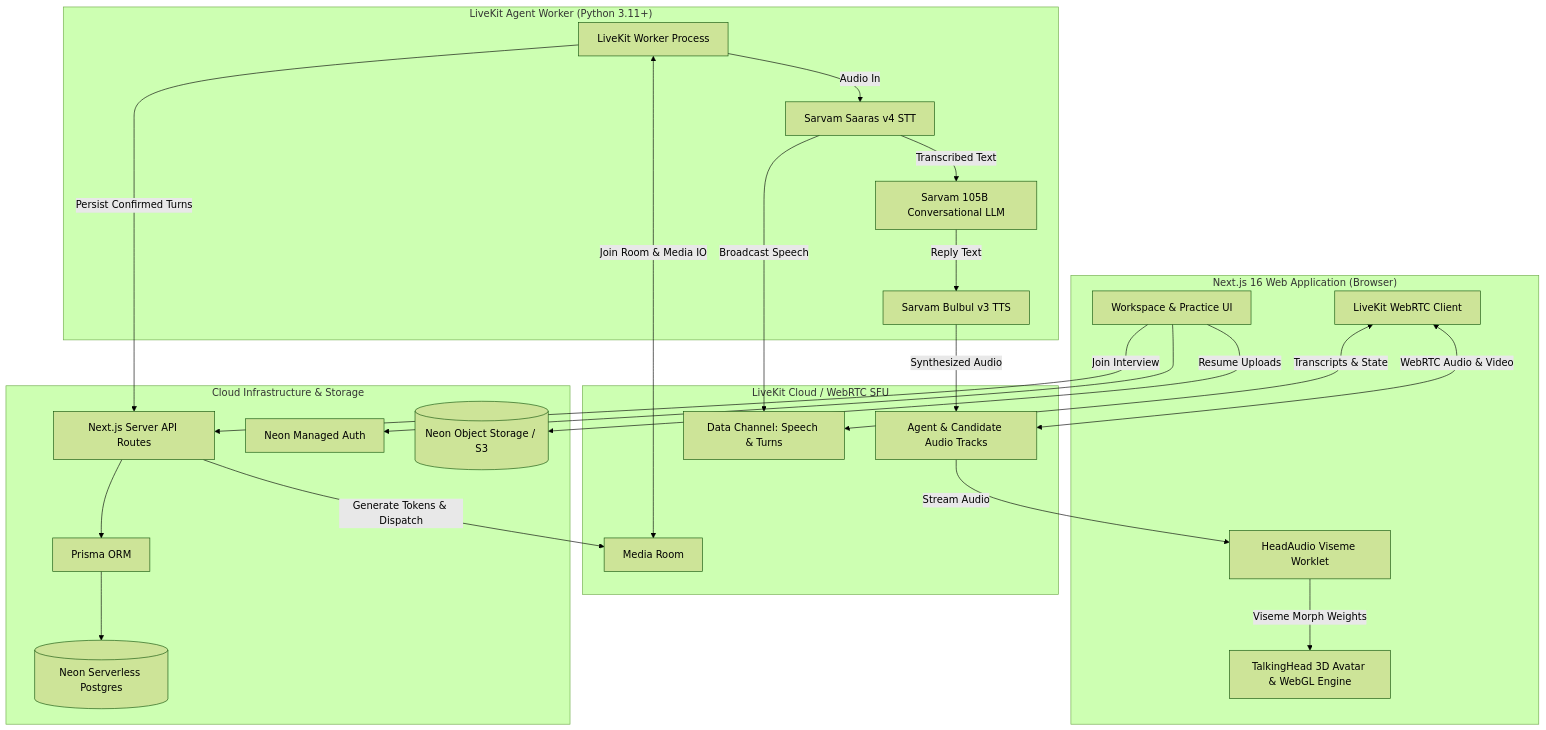
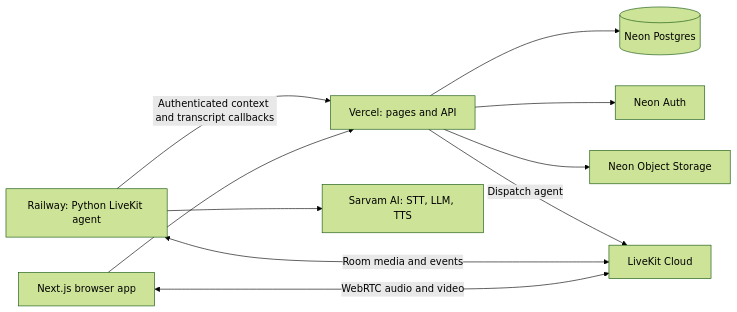
Before and after one commit to AnuragTummapudi/Ari: the diagram in README.md, drawn with Mermaid (forest theme). The commit also changed other lines of this file and 1 other file, not shown here.

Commit message:
docs: streamline README and add interview room screenshot

````diff
--- a/README.md
+++ b/README.md
@@ -79,49 +26,12 @@
 ```mermaid
-flowchart TD
-    subgraph Client["Next.js 16 Web Application (Browser)"]
-        UI[Workspace & Practice UI]
-        AV[TalkingHead 3D Avatar & WebGL Engine]
-        HA[HeadAudio Viseme Worklet]
-        RTC_C[LiveKit WebRTC Client]
-    end
-
-    subgraph LiveKit["LiveKit Cloud / WebRTC SFU"]
-        Room[Media Room]
-        AudioTrack[Agent & Candidate Audio Tracks]
-        DataChannel[Data Channel: Speech & Turns]
-    end
-
-    subgraph Agent["LiveKit Agent Worker (Python 3.11+)"]
-        Worker[LiveKit Worker Process]
-        STT[Sarvam Saaras v4 STT]
-        LLM[Sarvam 105B Conversational LLM]
-        TTS[Sarvam Bulbul v3 TTS]
-    end
-
-    subgraph Backend["Cloud Infrastructure & Storage"]
-        API[Next.js Server API Routes]
-        Prisma[Prisma ORM]
-        DB[(Neon Serverless Postgres)]
-        Auth[Neon Managed Auth]
-        S3[(Neon Object Storage / S3)]
-    end
-
-    UI -->|Join Interview| API
-    API -->|Generate Tokens & Dispatch| Room
-    RTC_C <-->|WebRTC Audio & Video| AudioTrack
-    RTC_C <-->|Transcripts & State| DataChannel
-    AudioTrack -->|Stream Audio| HA
-    HA -->|Viseme Morph Weights| AV
-
-    Worker <-->|Join Room & Media IO| Room
-    Worker -->|Audio In| STT
-    STT -->|Transcribed Text| LLM
-    LLM -->|Reply Text| TTS
-    TTS -->|Synthesized Audio| AudioTrack
-    STT -->|Broadcast Speech| DataChannel
-    Worker -->|Persist Confirmed Turns| API
-
-    API --> Prisma --> DB
-    UI --> Auth
-    UI -->|Resume Uploads| S3
+flowchart LR
+  Browser[Next.js browser app] --> Web[Vercel: pages and API]
+  Web --> DB[(Neon Postgres)]
+  Web --> Auth[Neon Auth]
+  Web --> Storage[Neon Object Storage]
+  Browser <-->|WebRTC audio and video| LK[LiveKit Cloud]
+  Worker[Railway: Python LiveKit agent] <-->|Room media and events| LK
+  Worker --> Sarvam[Sarvam AI: STT, LLM, TTS]
+  Worker -->|Authenticated context and transcript callbacks| Web
+  Web -->|Dispatch agent| LK
 ```
````
